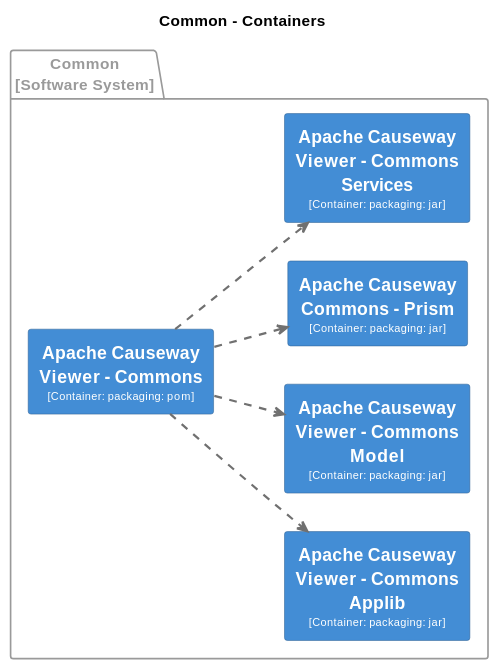
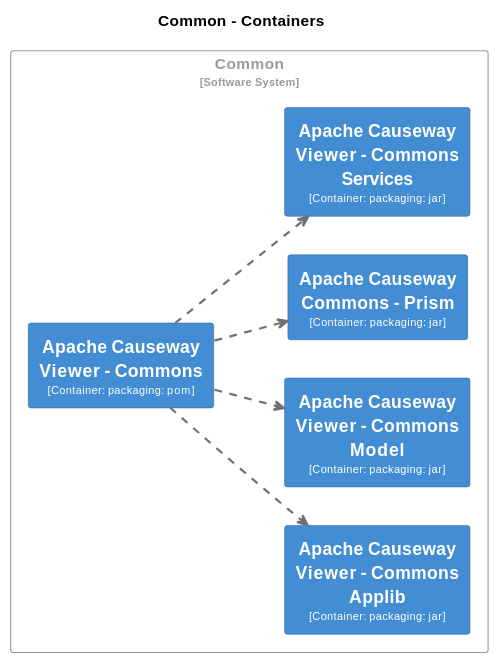
Before and after one commit to apache/causeway: diagram 15 of 31 in core/adoc/modules/_overview/pages/about.adoc, drawn with PlantUML. The commit also changed other lines of this file and 4 other files, not shown here.

```diff
--- a/core/adoc/modules/_overview/pages/about.adoc
+++ b/core/adoc/modules/_overview/pages/about.adoc
@@ -2529,61 +2771,61 @@
 [plantuml,Common,svg]
 ----
 @startuml
 set separator none
 title Common - Containers
 
 left to right direction
 
 skinparam {
   shadowing false
   arrowFontSize 10
   defaultTextAlignment center
   wrapWidth 200
   maxMessageSize 100
 }
 
 hide stereotype
 
 skinparam rectangle<<Common.ApacheCausewayCommonsPrism>> {
   BackgroundColor #438dd5
   FontColor #fffffe
   BorderColor #2e6295
 }
 skinparam rectangle<<Common.ApacheCausewayViewerCommons>> {
   BackgroundColor #438dd5
   FontColor #fffffe
   BorderColor #2e6295
 }
 skinparam rectangle<<Common.ApacheCausewayViewerCommonsApplib>> {
   BackgroundColor #438dd5
   FontColor #fffffe
   BorderColor #2e6295
 }
 skinparam rectangle<<Common.ApacheCausewayViewerCommonsModel>> {
   BackgroundColor #438dd5
   FontColor #fffffe
   BorderColor #2e6295
 }
 skinparam rectangle<<Common.ApacheCausewayViewerCommonsServices>> {
   BackgroundColor #438dd5
   FontColor #fffffe
   BorderColor #2e6295
 }
 
-package "Common\n[Software System]" <<Common>> {
-  skinparam PackageBorderColor<<Common>> #9a9a9a
-  skinparam PackageFontColor<<Common>> #9a9a9a
+rectangle "Common\n<size:10>[Software System]</size>" <<Common>> {
+  skinparam RectangleBorderColor<<Common>> #9a9a9a
+  skinparam RectangleFontColor<<Common>> #9a9a9a
 
   rectangle "==Apache Causeway Viewer - Commons\n<size:10>[Container: packaging: pom]</size>" <<Common.ApacheCausewayViewerCommons>> as Common.ApacheCausewayViewerCommons
   rectangle "==Apache Causeway Viewer - Commons Applib\n<size:10>[Container: packaging: jar]</size>" <<Common.ApacheCausewayViewerCommonsApplib>> as Common.ApacheCausewayViewerCommonsApplib
   rectangle "==Apache Causeway Viewer - Commons Model\n<size:10>[Container: packaging: jar]</size>" <<Common.ApacheCausewayViewerCommonsModel>> as Common.ApacheCausewayViewerCommonsModel
   rectangle "==Apache Causeway Commons - Prism\n<size:10>[Container: packaging: jar]</size>" <<Common.ApacheCausewayCommonsPrism>> as Common.ApacheCausewayCommonsPrism
   rectangle "==Apache Causeway Viewer - Commons Services\n<size:10>[Container: packaging: jar]</size>" <<Common.ApacheCausewayViewerCommonsServices>> as Common.ApacheCausewayViewerCommonsServices
 }
 
 Common.ApacheCausewayViewerCommons .[#707070,thickness=2].> Common.ApacheCausewayViewerCommonsServices : "<color:#707070>"
 Common.ApacheCausewayViewerCommons .[#707070,thickness=2].> Common.ApacheCausewayViewerCommonsApplib : "<color:#707070>"
 Common.ApacheCausewayViewerCommons .[#707070,thickness=2].> Common.ApacheCausewayViewerCommonsModel : "<color:#707070>"
 Common.ApacheCausewayViewerCommons .[#707070,thickness=2].> Common.ApacheCausewayCommonsPrism : "<color:#707070>"
 @enduml
 ----
```
